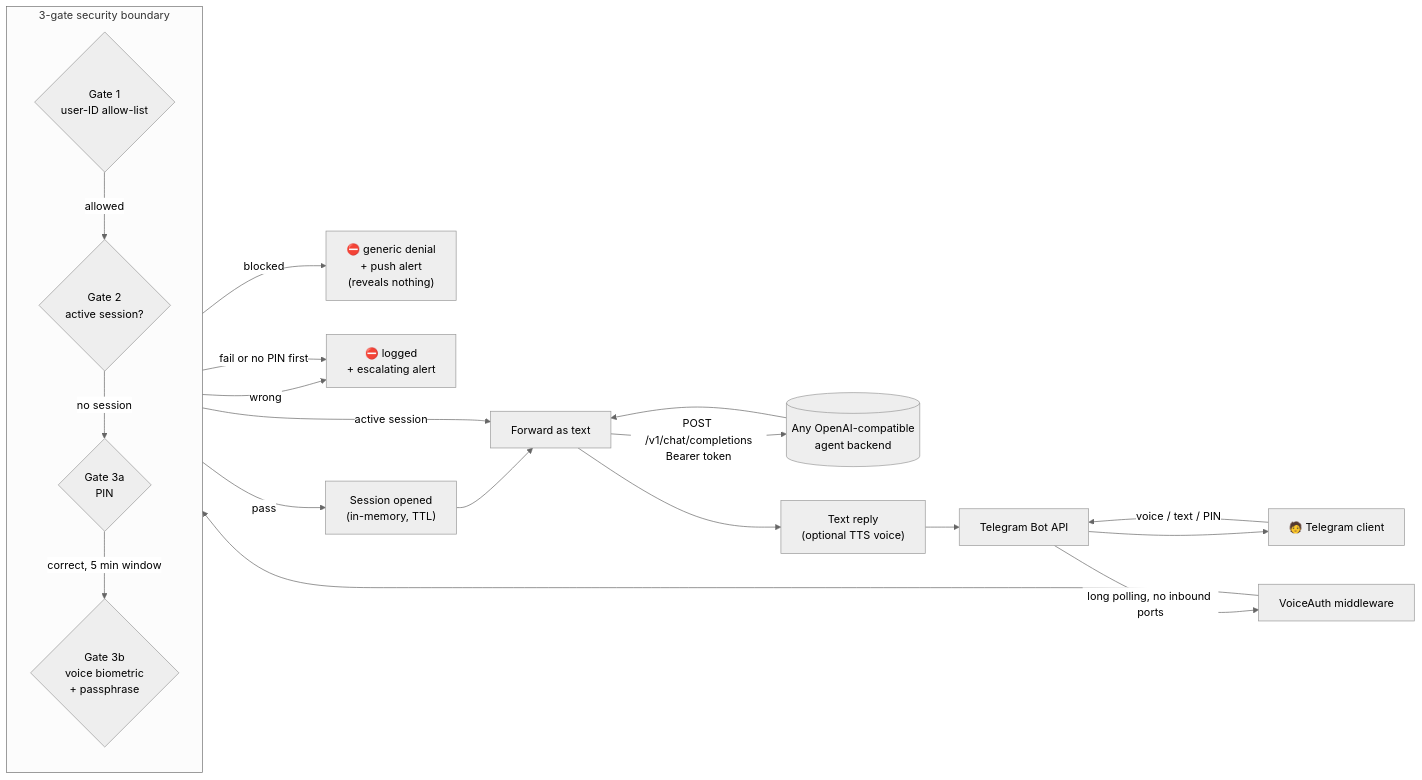
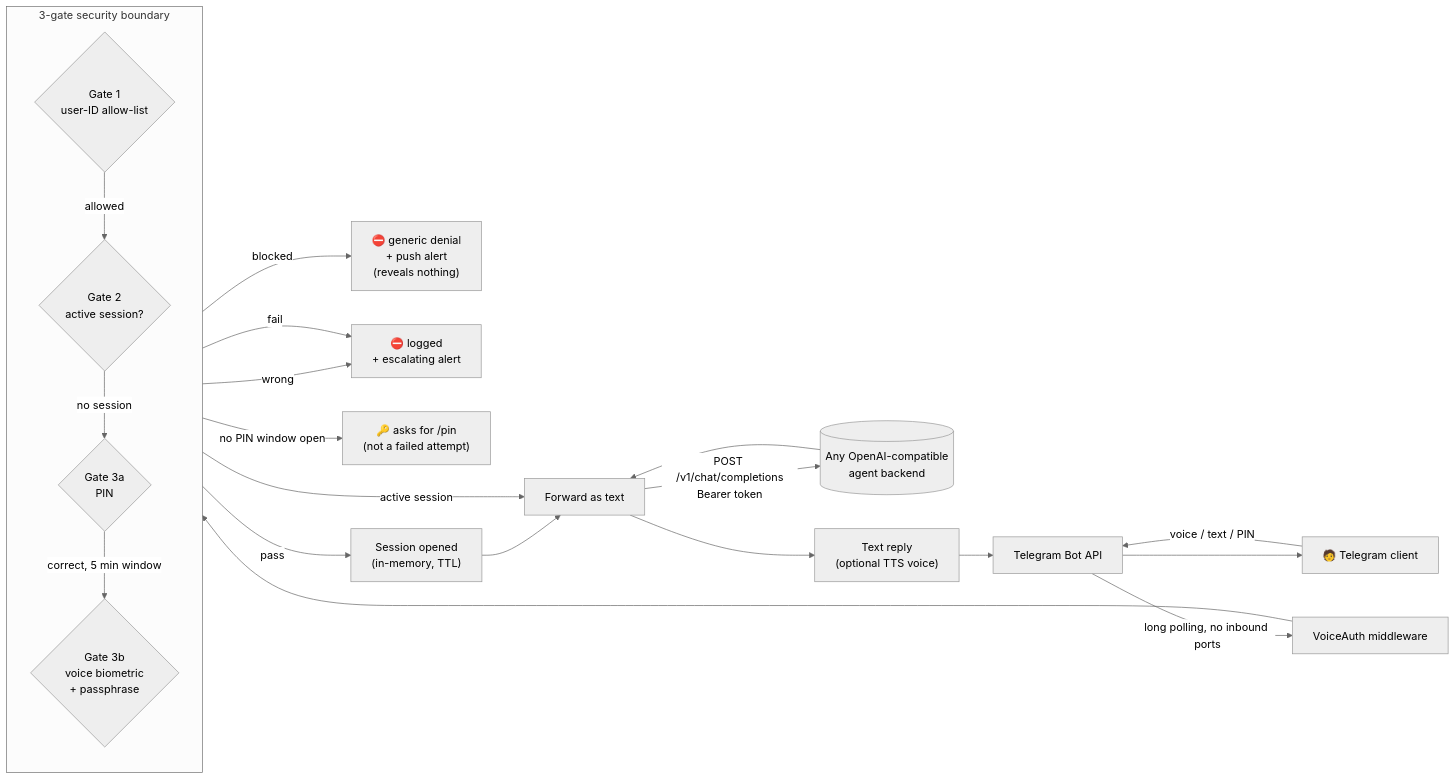
One commit to RodrigoCossi/VoiceAuth changed the first of 2 diagrams in README.md. Above: the diagram before and after it, drawn with Mermaid (neutral theme).

Commit message:
Fix flowchart: a missing PIN step is not a failed attempt
Copilot caught this on PR #1 after merge: the flowchart routed both a
genuine voice-auth failure and "voice OK but no PIN done yet" to the
same escalating-alert box, contradicting the sequence diagram and the
actual behavior (VOICE_OK_PIN_MISSING is explicitly not counted as a
failed attempt). Splits that into its own non-alert path.

````diff
--- a/README.md
+++ b/README.md
@@ -26,29 +26,30 @@
 ```mermaid
 flowchart LR
     U["🧑 Telegram client"] -->|voice / text / PIN| TG["Telegram Bot API"]
     TG -->|long polling, no inbound ports| MW["VoiceAuth middleware"]
 
     subgraph Gates["3-gate security boundary"]
         direction TB
         G1{"Gate 1\nuser-ID allow-list"}
         G2{"Gate 2\nactive session?"}
         G3a{"Gate 3a\nPIN"}
         G3b{"Gate 3b\nvoice biometric\n+ passphrase"}
         G1 -->|allowed| G2
         G2 -->|no session| G3a
         G3a -->|correct, 5 min window| G3b
     end
 
     MW --> G1
     G1 -->|blocked| DENY["⛔ generic denial\n+ push alert\n(reveals nothing)"]
     G3a -->|wrong| DENY2["⛔ logged\n+ escalating alert"]
-    G3b -->|fail or no PIN first| DENY2
+    G3b -->|fail| DENY2
+    G3b -->|no PIN window open| ASKPIN["🔑 asks for /pin\n(not a failed attempt)"]
     G3b -->|pass| SESSION["Session opened\n(in-memory, TTL)"]
     G2 -->|active session| FWD
     SESSION --> FWD["Forward as text"]
 
     FWD -->|"POST /v1/chat/completions\nBearer token"| BACKEND[("Any OpenAI-compatible\nagent backend")]
     BACKEND --> FWD
     FWD --> REPLY["Text reply\n(optional TTS voice)"]
     REPLY --> TG --> U
 ```
````
